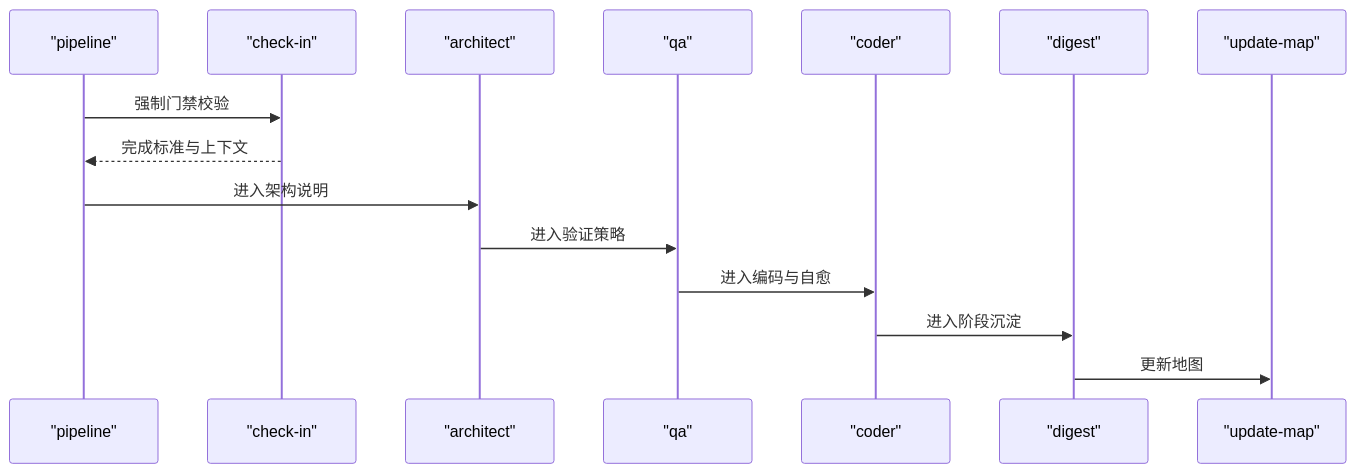
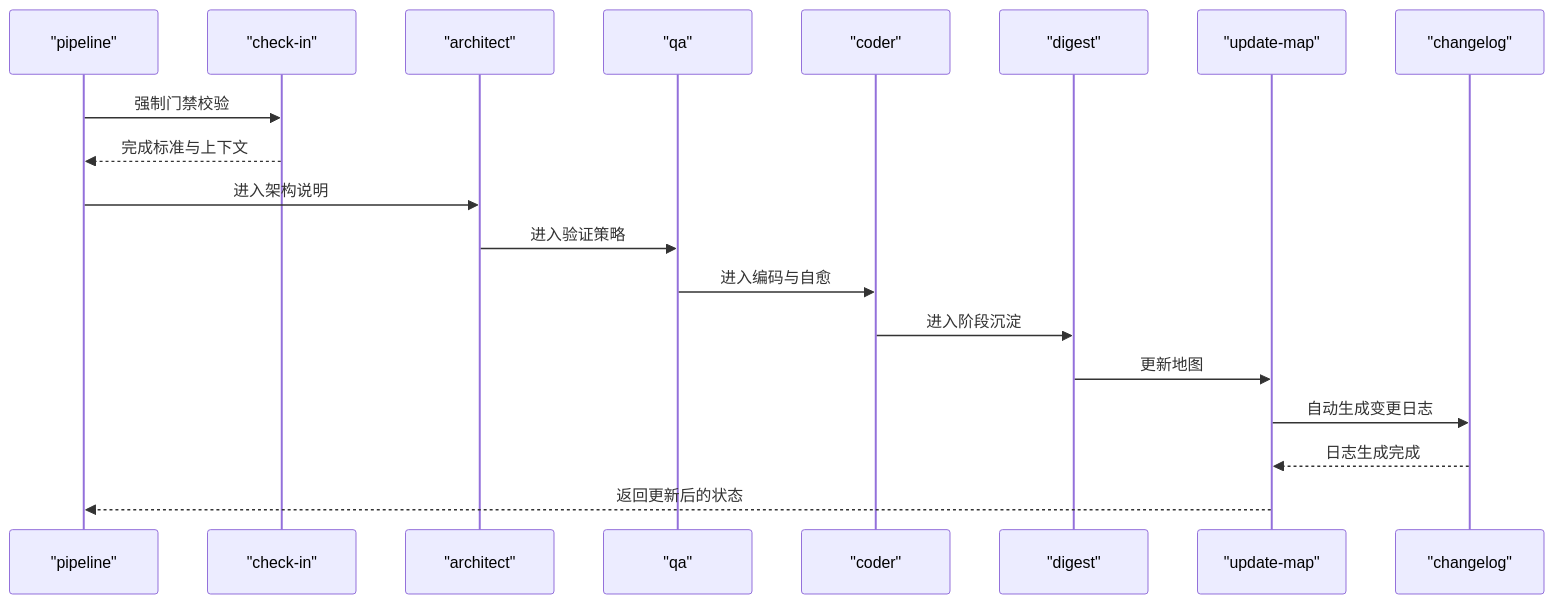
The fourth of 8 diagrams in .qoder/repowiki/zh/content/辅助技能详解/地图更新技能 (Update-Map).md (CryptoLinxu/Web3-AI-Agent), drawn with Mermaid before and after one commit. The commit also changed other lines of this file and 10 other files, not shown here.

````diff
--- a/.qoder/repowiki/zh/content/辅助技能详解/地图更新技能 (Update-Map).md
+++ b/.qoder/repowiki/zh/content/辅助技能详解/地图更新技能 (Update-Map).md
@@ -176,17 +214,21 @@
 ```mermaid
 sequenceDiagram
 participant P as "pipeline"
 participant CI as "check-in"
 participant A as "architect"
 participant Q as "qa"
 participant C as "coder"
 participant D as "digest"
 participant M as "update-map"
+participant L as "changelog"
 P->>CI : 强制门禁校验
 CI-->>P : 完成标准与上下文
 P->>A : 进入架构说明
 A->>Q : 进入验证策略
 Q->>C : 进入编码与自愈
 C->>D : 进入阶段沉淀
 D->>M : 更新地图
+M->>L : 自动生成变更日志
+L-->>M : 日志生成完成
+M-->>P : 返回更新后的状态
 ```
````
